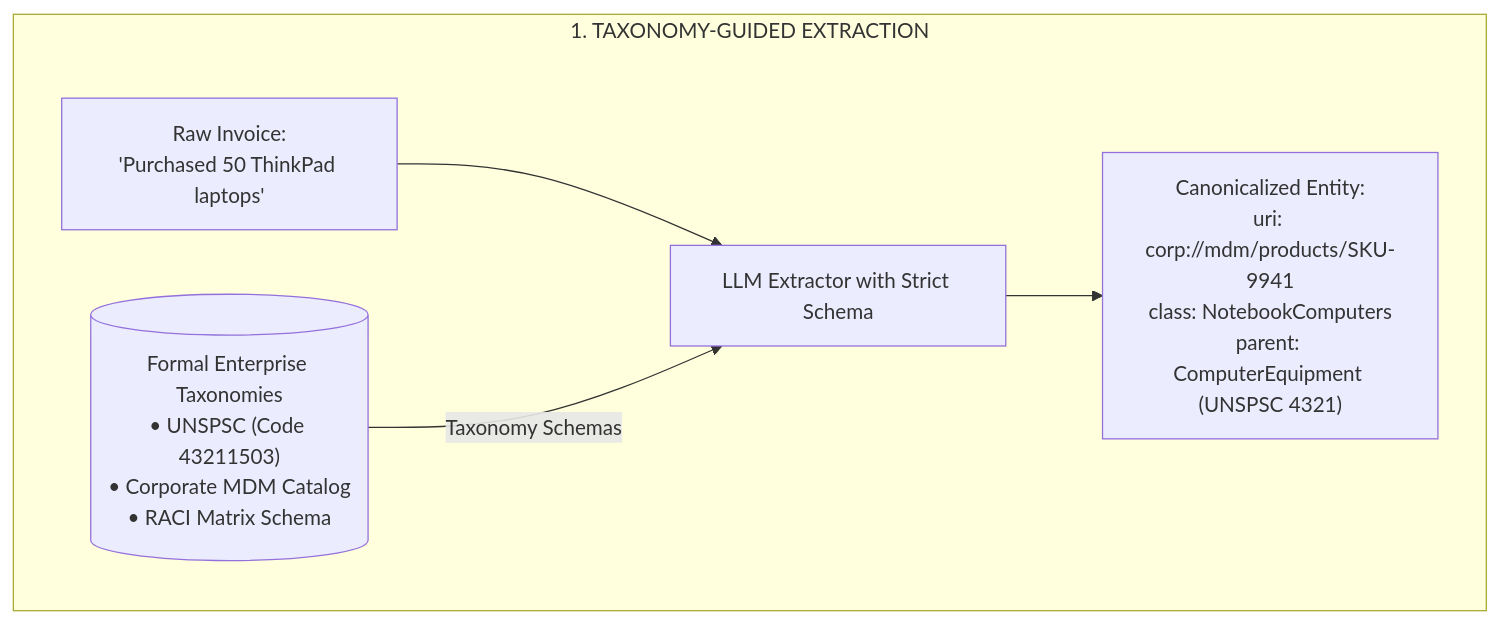
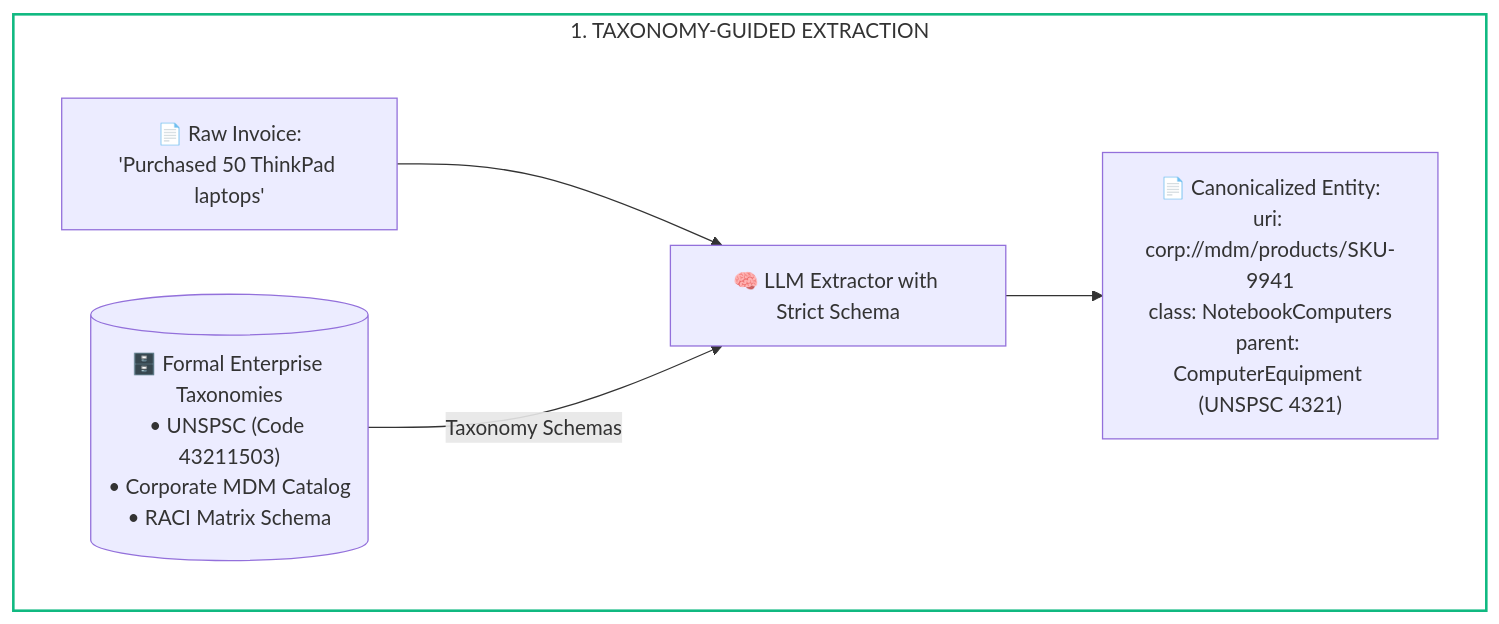
Before and after one commit to dip4k/senior-engineer-to-ai-engineer-roadmap: the fourth of 4 diagrams in 02-rag-and-knowledge-systems/06-graphrag-and-entity-traversal.md, drawn with Mermaid. The commit also changed other lines of this file and 39 other files, not shown here.

First line of the commit message:
feat(curriculum): upgrade mermaid diagrams with unicode icons & codify anti-bloat layout rules

````diff
--- a/02-rag-and-knowledge-systems/06-graphrag-and-entity-traversal.md
+++ b/02-rag-and-knowledge-systems/06-graphrag-and-entity-traversal.md
@@ -129,9 +134,10 @@
 ```mermaid
 flowchart TD
     subgraph Extraction["1. TAXONOMY-GUIDED EXTRACTION"]
-        RawDoc["Raw Invoice:<br>'Purchased 50 ThinkPad laptops'"] --> LLM_Ext["LLM Extractor with Strict Schema"]
-        SchemaDB[("Formal Enterprise Taxonomies<br>• UNSPSC (Code 43211503)<br>• Corporate MDM Catalog<br>• RACI Matrix Schema")]
+        RawDoc["📄 Raw Invoice:<br>'Purchased 50 ThinkPad laptops'"] --> LLM_Ext["🧠 LLM Extractor with Strict Schema"]
+        SchemaDB[("🗄️ Formal Enterprise Taxonomies<br>• UNSPSC (Code 43211503)<br>• Corporate MDM Catalog<br>• RACI Matrix Schema")]
         SchemaDB -->|Taxonomy Schemas| LLM_Ext
-        LLM_Ext --> Canonical["Canonicalized Entity:<br>uri: corp://mdm/products/SKU-9941<br>class: NotebookComputers<br>parent: ComputerEquipment (UNSPSC 4321)"]
+        LLM_Ext --> Canonical["📄 Canonicalized Entity:<br>uri: corp://mdm/products/SKU-9941<br>class: NotebookComputers<br>parent: ComputerEquipment (UNSPSC 4321)"]
     end
+    style Extraction fill:none,stroke:#10b981,stroke-width:2px;
 ```
````
